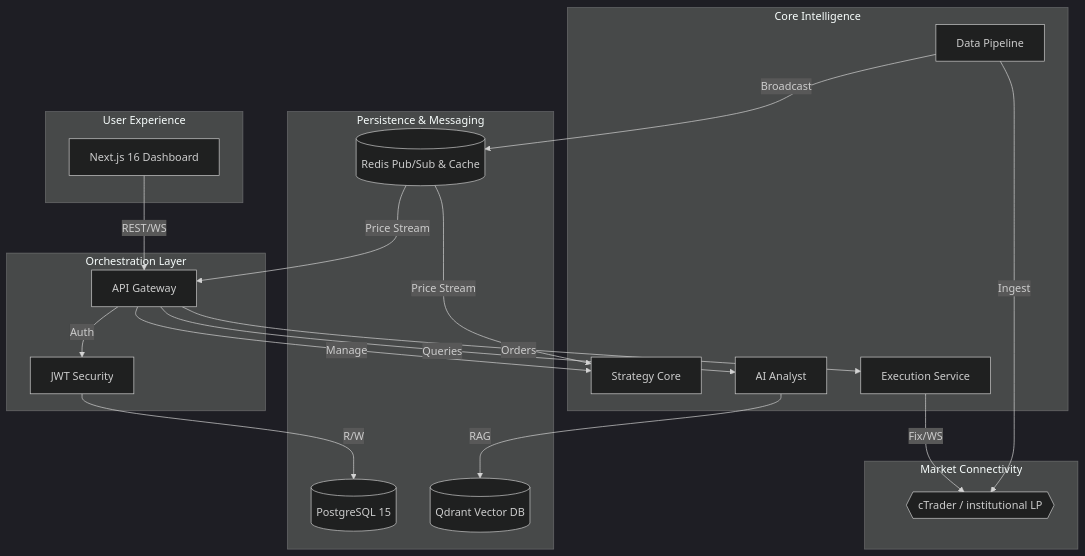
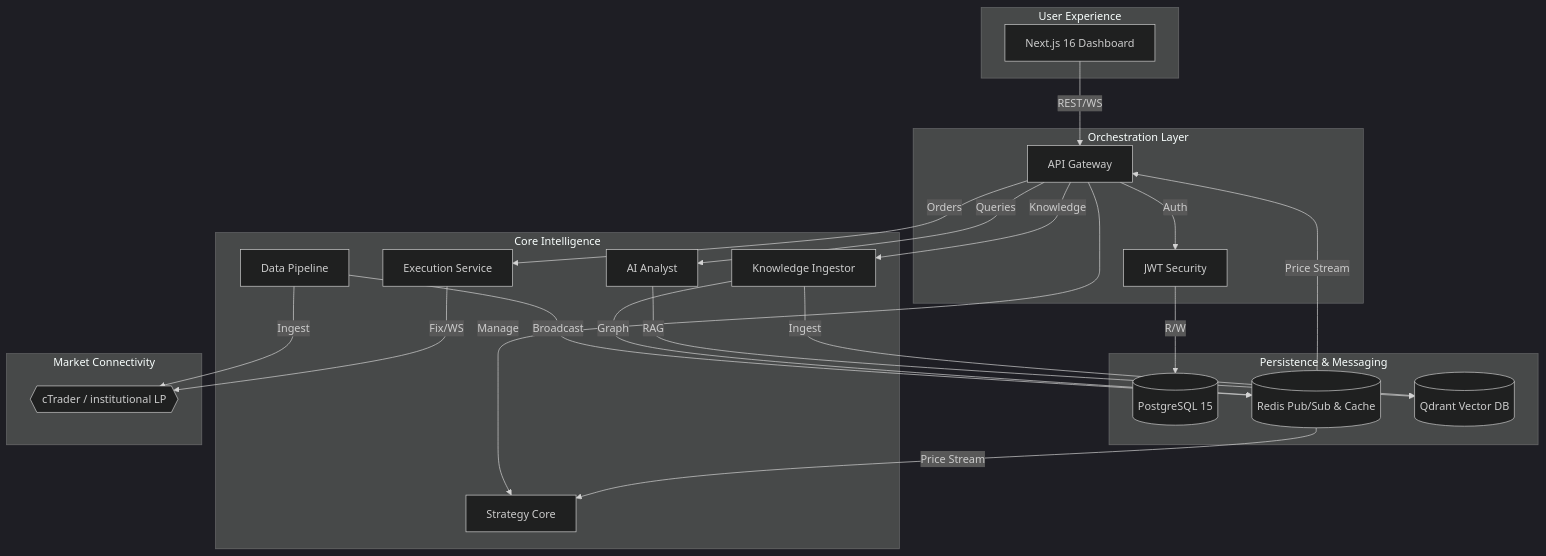
Before and after one commit to damrongsak/mtf-trading-system: the diagram in README.md, drawn with Mermaid (dark theme). The commit also changed other lines of this file and 43 other files, not shown here.

Commit message:
feat(ingestor): rename to knowledge-ingestor, integrate into system, and migrate llm calls to async

````diff
--- a/README.md
+++ b/README.md
@@ -30,43 +30,47 @@
 ```mermaid
 graph TD
     subgraph UI["User Experience"]
         DASH[Next.js 16 Dashboard]
     end
 
     subgraph Hub["Orchestration Layer"]
         AGW[API Gateway]
         AUTH[JWT Security]
     end
 
     subgraph Backend["Core Intelligence"]
         DP[Data Pipeline]
         SC[Strategy Core]
         AI[AI Analyst]
         EX[Execution Service]
+        KI[Knowledge Ingestor]
     end
 
     subgraph Storage["Persistence & Messaging"]
         DB[(PostgreSQL 15)]
         RED[(Redis Pub/Sub & Cache)]
         VEC[(Qdrant Vector DB)]
     end
 
     subgraph Broker["Market Connectivity"]
         CT{{cTrader / institutional LP}}
     end
 
     %% Flow
     DASH -->|REST/WS| AGW
     AGW -->|Auth| AUTH
     AUTH -->|R/W| DB
     
     AGW -->|Manage| SC
     AGW -->|Queries| AI
     AGW -->|Orders| EX
+    AGW -->|Knowledge| KI
     
     DP -->|Ingest| CT
     DP -->|Broadcast| RED
     RED -->|Price Stream| SC & AGW
     AI -->|RAG| VEC
+    KI -->|Ingest| VEC
+    KI -->|Graph| RED
     EX -->|Fix/WS| CT
 ```
````
